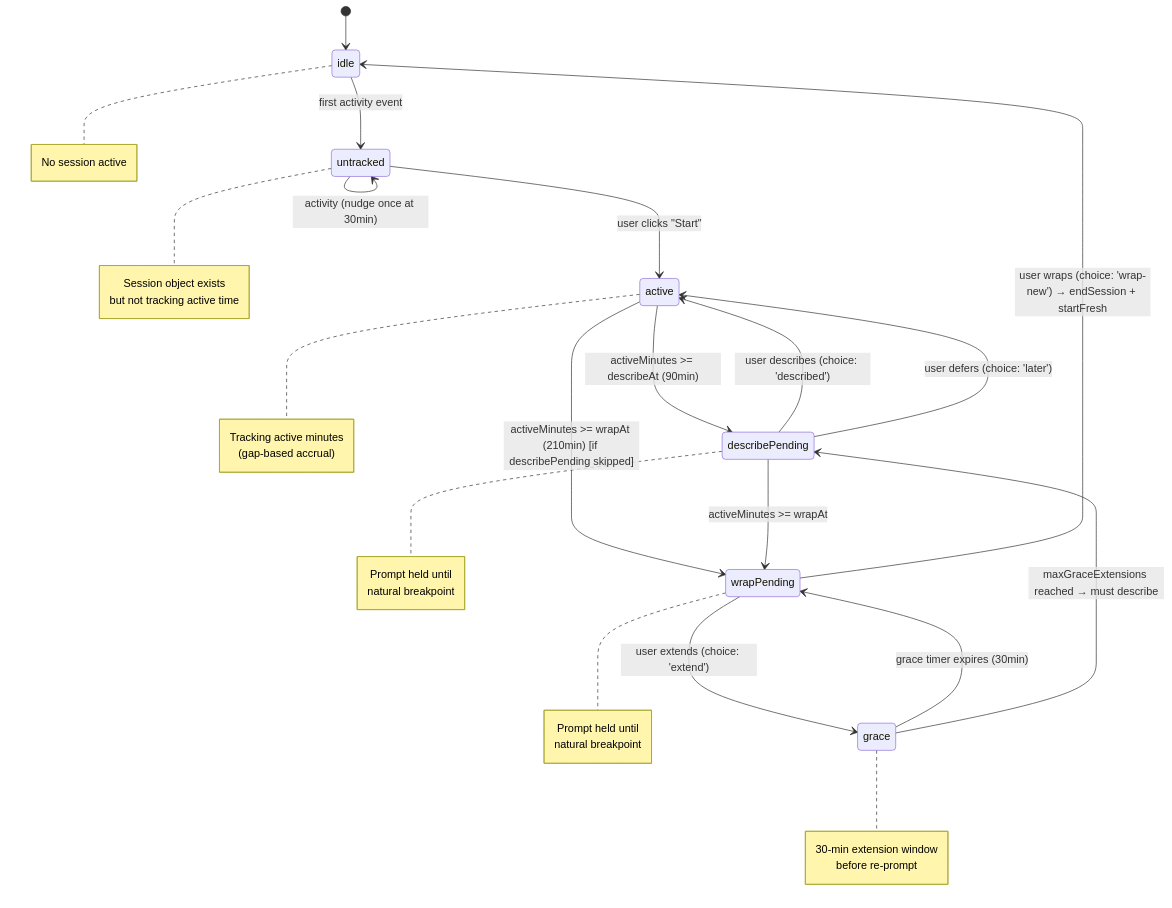
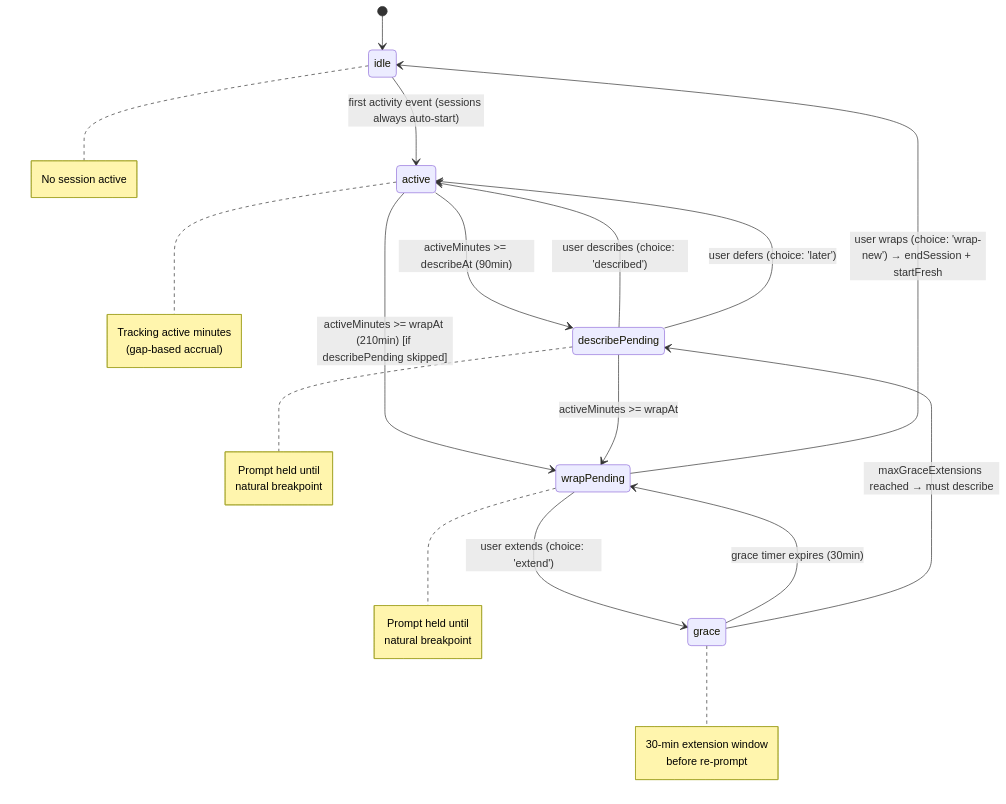
The third of 7 diagrams in docs/architecture.md (lawaty/lalog), drawn with Mermaid before and after one commit. The commit also changed other lines of this file and 10 other files, not shown here.

````diff
--- a/docs/architecture.md
+++ b/docs/architecture.md
@@ -168,28 +168,25 @@
 ```mermaid
 stateDiagram-v2
     [*] --> idle
 
-    idle --> untracked : first activity event
-    untracked --> active : user clicks "Start"
-    untracked --> untracked : activity (nudge once at 30min)
+    idle --> active : first activity event (sessions always auto-start)
 
     active --> describePending : activeMinutes >= describeAt (90min)
     active --> wrapPending : activeMinutes >= wrapAt (210min) [if describePending skipped]
 
     describePending --> active : user describes (choice: 'described')
     describePending --> active : user defers (choice: 'later')
     describePending --> wrapPending : activeMinutes >= wrapAt
 
     wrapPending --> grace : user extends (choice: 'extend')
     wrapPending --> idle : user wraps (choice: 'wrap-new') → endSession + startFresh
 
     grace --> wrapPending : grace timer expires (30min)
     grace --> describePending : maxGraceExtensions reached → must describe
 
     note right of idle : No session active
-    note right of untracked : Session object exists<br/>but not tracking active time
     note right of active : Tracking active minutes<br/>(gap-based accrual)
     note right of describePending : Prompt held until<br/>natural breakpoint
     note right of wrapPending : Prompt held until<br/>natural breakpoint
     note right of grace : 30-min extension window<br/>before re-prompt
 ```
````
